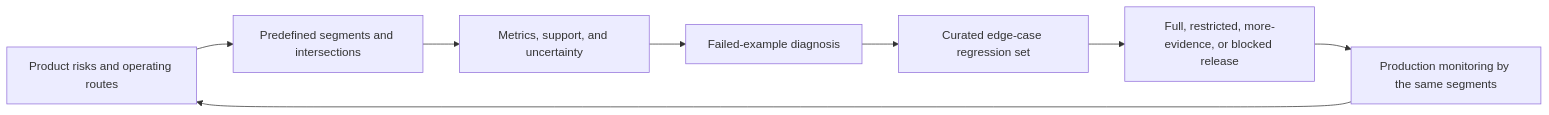
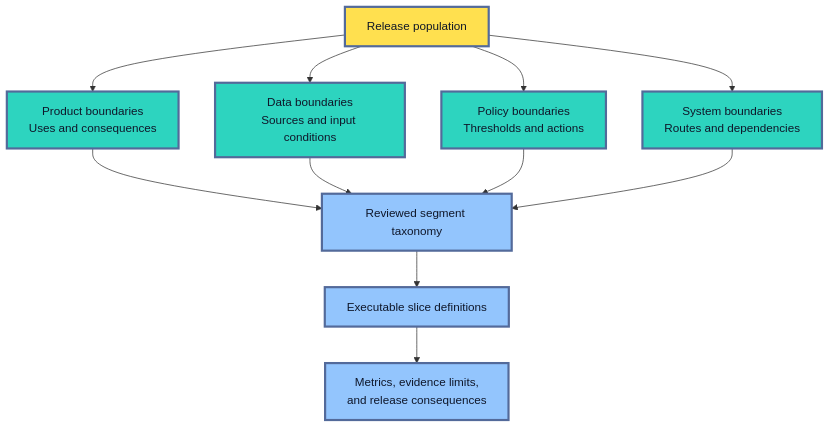
The fourth of 12 diagrams in roadmaps/mlops/modules/model-evaluation/production-readiness/01-segment-evaluation-edge-cases.md (senlinyy/dev-roadmaps), drawn with Mermaid before and after one commit. The commit also changed other lines of this file and 198 other files, not shown here.

````diff
--- a/roadmaps/mlops/modules/model-evaluation/production-readiness/01-segment-evaluation-edge-cases.md
+++ b/roadmaps/mlops/modules/model-evaluation/production-readiness/01-segment-evaluation-edge-cases.md
@@ -29,10 +268,20 @@
 ```mermaid
-flowchart LR
-    R["Product risks and operating routes"] --> S["Predefined segments and intersections"]
-    S --> M["Metrics, support, and uncertainty"]
-    M --> E["Failed-example diagnosis"]
-    E --> C["Curated edge-case regression set"]
-    C --> D["Full, restricted, more-evidence, or blocked release"]
-    D --> P["Production monitoring by the same segments"]
-    P --> R
+flowchart TD
+    A["Release population"] --> B["Product boundaries<br/>Uses and consequences"]
+    A --> C["Data boundaries<br/>Sources and input conditions"]
+    A --> D["Policy boundaries<br/>Thresholds and actions"]
+    A --> E["System boundaries<br/>Routes and dependencies"]
+    B --> F["Reviewed segment taxonomy"]
+    C --> F
+    D --> F
+    E --> F
+    F --> G["Executable slice definitions"]
+    G --> H["Metrics, evidence limits,<br/>and release consequences"]
+
+    classDef root fill:#FFE04F,stroke:#536A9A,stroke-width:3px,color:#111827
+    classDef boundary fill:#2DD4BF,stroke:#536A9A,stroke-width:3px,color:#0F172A
+    classDef result fill:#93C5FD,stroke:#536A9A,stroke-width:3px,color:#0F172A
+    class A root
+    class B,C,D,E boundary
+    class F,G,H result
 ```
````
